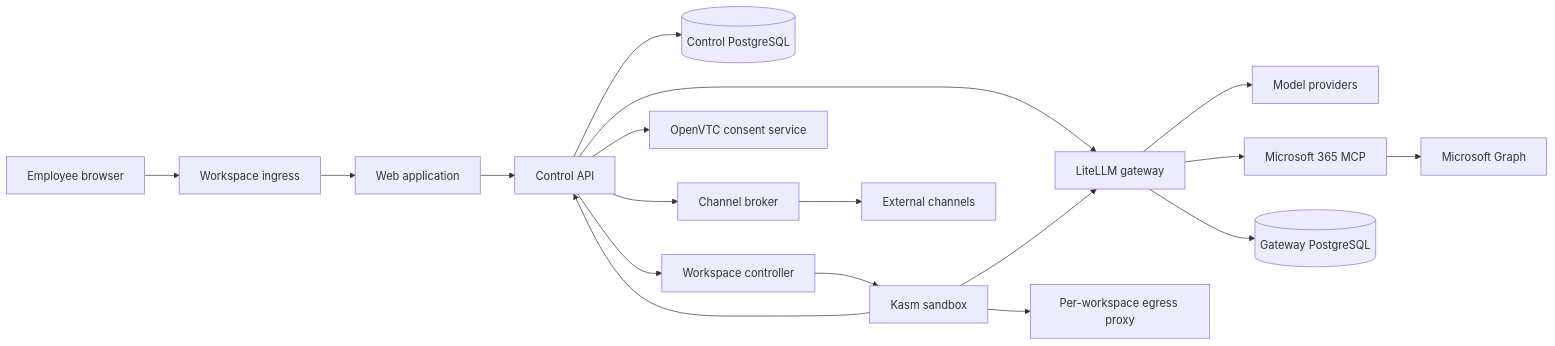
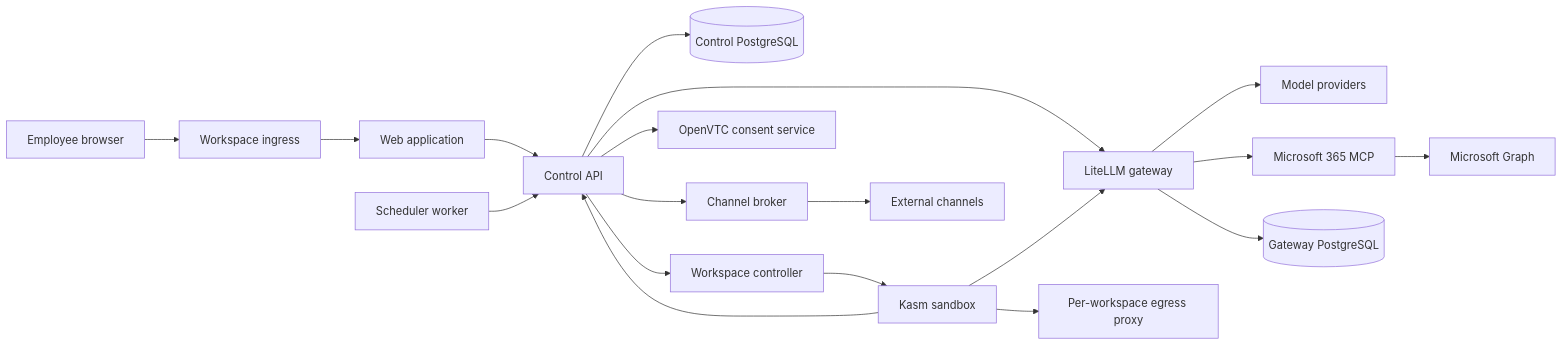
One commit to ONE-Computer/LemmaComputer changed the diagram in README.md. Above: the diagram before and after it, drawn with Mermaid. The commit also changed other lines of this file and 160 other files, not shown here.

````diff
--- a/README.md
+++ b/README.md
@@ -22,23 +22,24 @@
 ```mermaid
 flowchart LR
   Employee["Employee browser"] --> Ingress["Workspace ingress"]
   Ingress --> Web["Web application"]
   Web --> Control["Control API"]
 
   Control --> Store[("Control PostgreSQL")]
   Control --> Controller["Workspace controller"]
   Controller --> Sandbox["Kasm sandbox"]
   Control --> Consent["OpenVTC consent service"]
   Control --> Gateway["LiteLLM gateway"]
   Control --> Broker["Channel broker"]
+  Scheduler["Scheduler worker"] --> Control
 
   Sandbox --> Gateway
   Sandbox --> Control
   Sandbox --> Egress["Per-workspace egress proxy"]
   Gateway --> Models["Model providers"]
   Gateway --> M365["Microsoft 365 MCP"]
   M365 --> Graph["Microsoft Graph"]
   Broker --> Channels["External channels"]
 
   Gateway --> GatewayStore[("Gateway PostgreSQL")]
 ```
````
